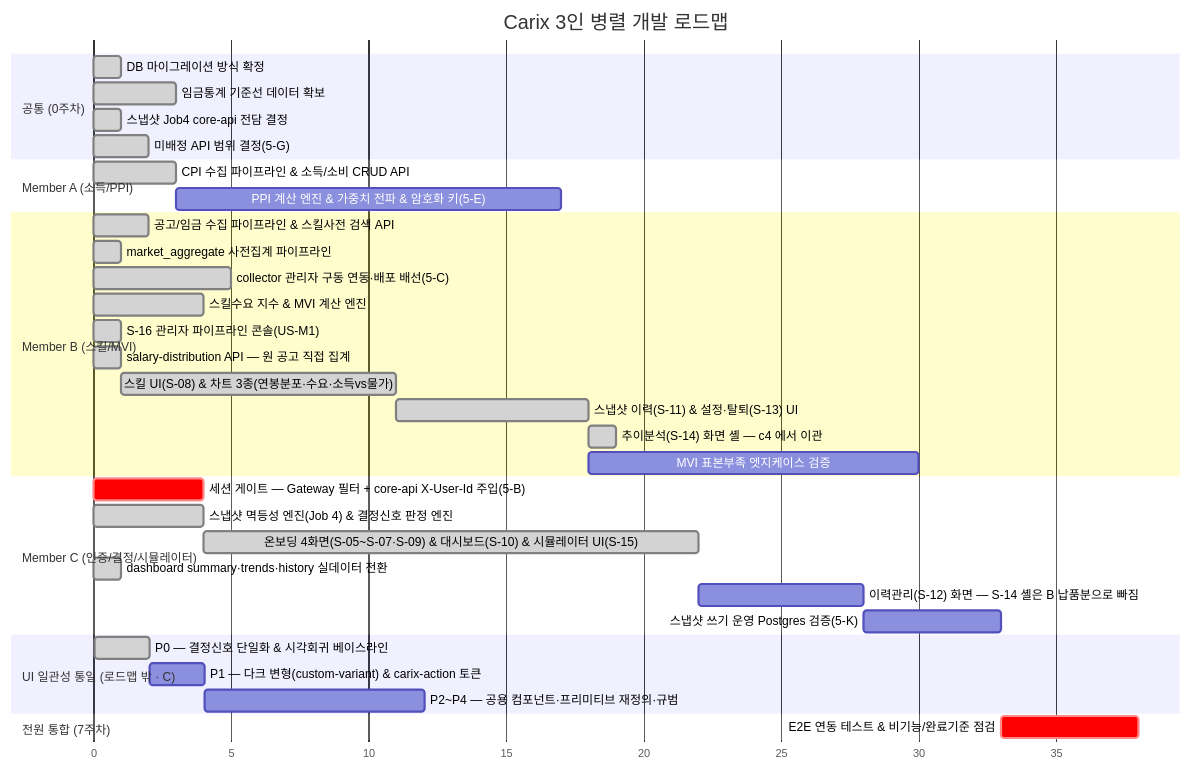
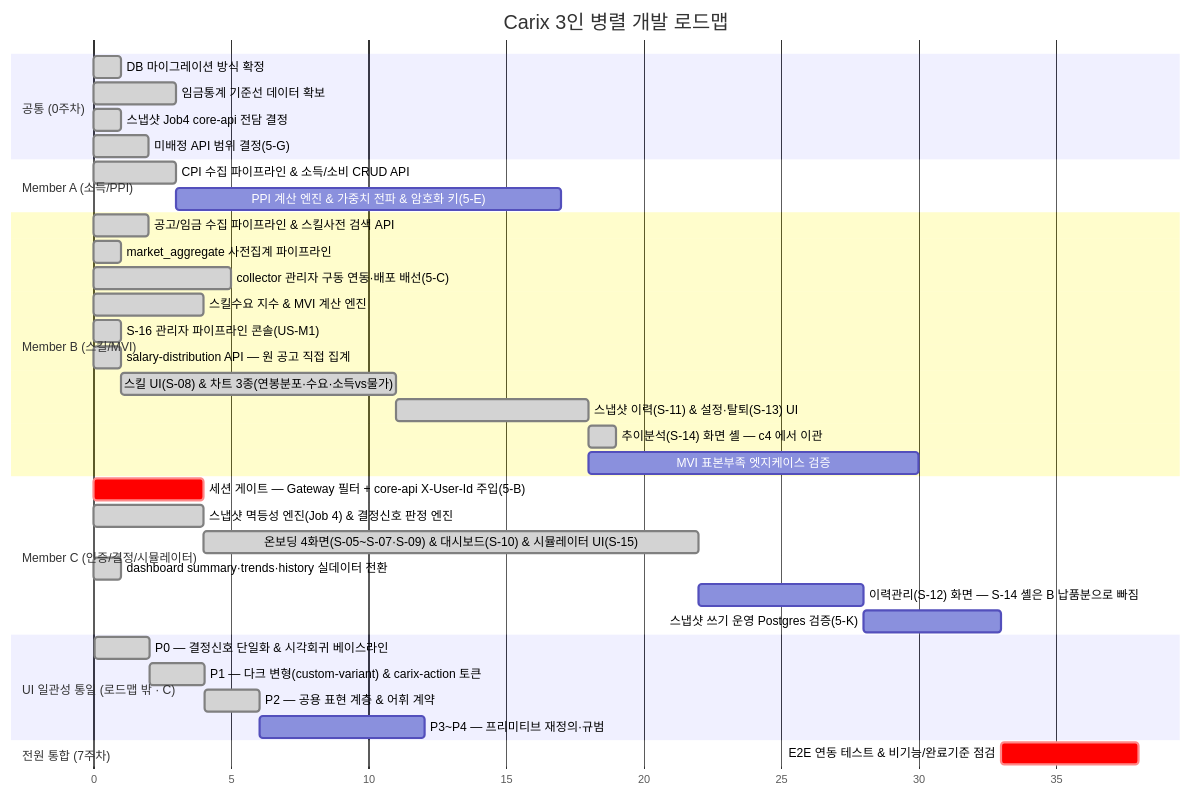
The first of 2 diagrams in docs/plans/carix-dev-plan.md (SeoHyeokGyu/Carix), drawn with Mermaid before and after one commit. The commit also changed other lines of this file and 1 other file, not shown here.

Commit message:
docs: UI 통일 P1·P2 병합을 로드맵과 스펙에 반영한다 (#165)
간트의 ui1 이 미완료로 남아 있었다. #163 이 #162 병합 전에 작성돼서 생긴
드리프트다. P2 를 별도 막대로 분리하고 P3~P4 를 잔여로 남긴다.

선행 완료 표에 P1·P2 행을 더하고, 5~6주차 C 칸의 "P1 은 PR #162 대기" 를
현재 상태로 고친다. 스펙 P2 절에 PR 번호를 채운다.

````diff
--- a/docs/plans/carix-dev-plan.md
+++ b/docs/plans/carix-dev-plan.md
@@ -110,38 +112,39 @@
 ```mermaid
 gantt
     title Carix 3인 병렬 개발 로드맵
     dateFormat X
     axisFormat %s
     section 공통 (0주차)
     DB 마이그레이션 방식 확정 :done, c0a, 0, 1s
     임금통계 기준선 데이터 확보 :done, a0, 3, 3s
     스냅샷 Job4 core-api 전담 결정 :done, i0, 7, 1s
     미배정 API 범위 결정(5-G) :done, c0, 7, 2s
     section Member A (소득/PPI)
     CPI 수집 파이프라인 & 소득/소비 CRUD API :done, a1, 12, 3s
     PPI 계산 엔진 & 가중치 전파 & 암호화 키(5-E) :a2, after a1, 14s
     section Member B (스킬/MVI)
     공고/임금 수집 파이프라인 & 스킬사전 검색 API :done, b1, 2, 2s
     market_aggregate 사전집계 파이프라인 :done, b2a, 3, 1s
     collector 관리자 구동 연동·배포 배선(5-C) :done, b0, 7, 5s
     스킬수요 지수 & MVI 계산 엔진 :done, b2, 8, 4s
     S-16 관리자 파이프라인 콘솔(US-M1) :done, b16, 14, 1s
     salary-distribution API — 원 공고 직접 집계 :done, b3a, 15, 1s
     스킬 UI(S-08) & 차트 3종(연봉분포·수요·소득vs물가) :done, b3, after b3a, 10s
     스냅샷 이력(S-11) & 설정·탈퇴(S-13) UI :done, b4, after b3, 7s
     추이분석(S-14) 화면 셸 — c4 에서 이관 :done, b4a, after b4, 1s
     MVI 표본부족 엣지케이스 검증 :b5, after b4, 12s
     section Member C (인증/결정/시뮬레이터)
     세션 게이트 — Gateway 필터 + core-api X-User-Id 주입(5-B) :crit, c0b, 7, 4s
     스냅샷 멱등성 엔진(Job 4) & 결정신호 판정 엔진 :done, c2, 8, 4s
     온보딩 4화면(S-05~S-07·S-09) & 대시보드(S-10) & 시뮬레이터 UI(S-15) :done, c3, after c2, 18s
     dashboard summary·trends·history 실데이터 전환 :done, c4a, 15, 1s
     이력관리(S-12) 화면 — S-14 셸은 B 납품분으로 빠짐 :c4, after c3, 6s
     스냅샷 쓰기 운영 Postgres 검증(5-K) :c5, after c4, 5s
     section UI 일관성 통일 (로드맵 밖 · C)
     P0 — 결정신호 단일화 & 시각회귀 베이스라인 :done, ui0, 33, 2s
-    P1 — 다크 변형(custom-variant) & carix-action 토큰 :ui1, after ui0, 2s
-    P2~P4 — 공용 컴포넌트·프리미티브 재정의·규범 :ui2, after ui1, 8s
+    P1 — 다크 변형(custom-variant) & carix-action 토큰 :done, ui1, after ui0, 2s
+    P2 — 공용 표현 계층 & 어휘 계약 :done, ui2, after ui1, 2s
+    P3~P4 — 프리미티브 재정의·규범 :ui3, after ui2, 6s
     section 전원 통합 (7주차)
     E2E 연동 테스트 & 비기능/완료기준 점검 :crit, e2e, after a2 b5 c5, 5s
 ```
````
